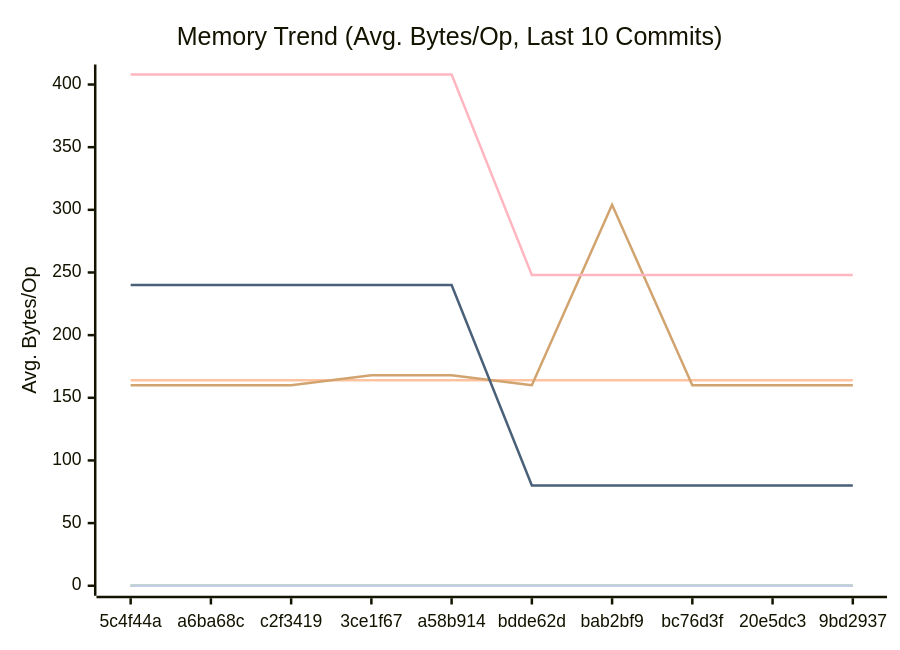
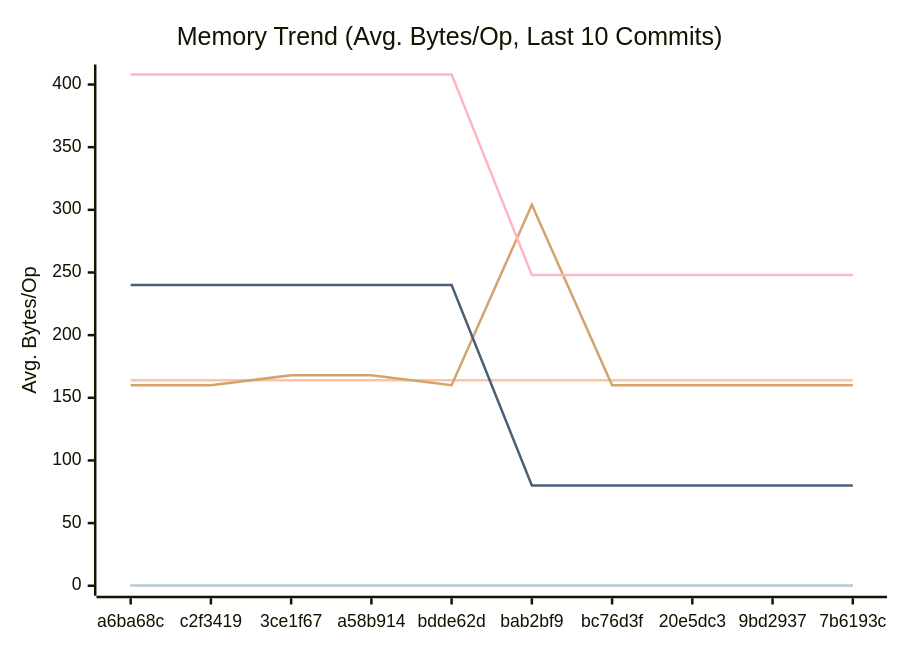
The second of 3 diagrams in docs/PERFORMANCE.md (alsotoes/momo), drawn with Mermaid before and after one commit. The commit also changed other lines of this file and 3 other files, not shown here.

````diff
--- a/docs/PERFORMANCE.md
+++ b/docs/PERFORMANCE.md
@@ -97,16 +97,16 @@
 ```mermaid
 xychart-beta
     title "Memory Trend (Avg. Bytes/Op, Last 10 Commits)"
     x-axis "Commit"
     y-axis "Avg. Bytes/Op"
-    x-axis [5c4f44a,a6ba68c,c2f3419,3ce1f67,a58b914,bdde62d,bab2bf9,bc76d3f,20e5dc3,9bd2937]
+    x-axis [a6ba68c,c2f3419,3ce1f67,a58b914,bdde62d,bab2bf9,bc76d3f,20e5dc3,9bd2937,7b6193c]
     line "CheckMetricsAndSwap" [0,0,0,0,0,0,0,0,0,0]
     line "CrushOptimized" [0,0,0,0,0,0,0,0,0,0]
     line "CrushOriginal" [164,164,164,164,164,164,164,164,164,164]
     line "IndexDirectTracking" [0,0,0,0,0,0,0,0,0,0]
     line "IndexSearch" [0,0,0,0,0,0,0,0,0,0]
-    line "LoadGlobalConfig" [160,160,160,168,168,160,304,160,160,160]
+    line "LoadGlobalConfig" [160,160,168,168,160,304,160,160,160,160]
     line "PadString" [0,0,0,0,0,0,0,0,0,0]
     line "ParseReplicationOrder_NoPrealloc" [408,408,408,408,408,248,248,248,248,248]
     line "ParseReplicationOrder_Prealloc" [240,240,240,240,240,80,80,80,80,80]
 ```
````
